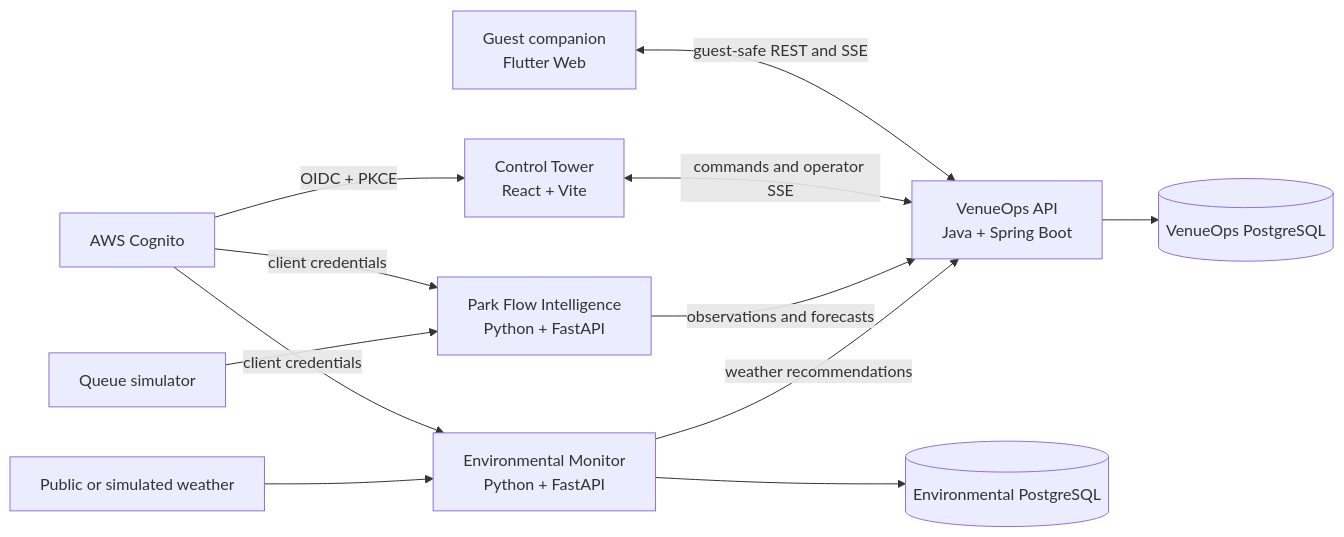
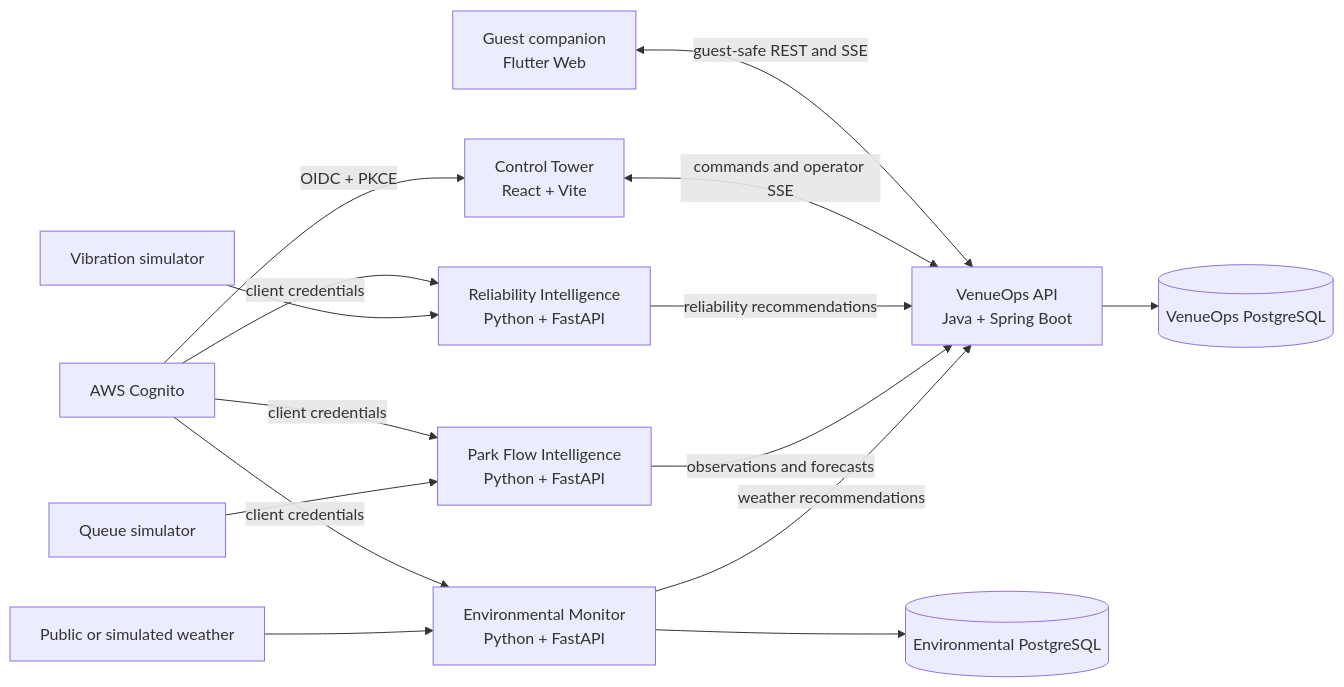
One commit to deanwagman/lumen-marsh changed the diagram in README.md. Above: the diagram before and after it, drawn with Mermaid. The commit also changed other lines of this file and 130 other files, not shown here.

First line of the commit message:
Add reliability producer, dashboard attention, commandId replay, and flow proof

````diff
--- a/README.md
+++ b/README.md
@@ -22,14 +22,17 @@
 ```mermaid
 flowchart LR
     Weather[Public or simulated weather] --> Monitor[Environmental Monitor\nPython + FastAPI]
     Queues[Queue simulator] --> Flow[Park Flow Intelligence\nPython + FastAPI]
+    Vibration[Vibration simulator] --> Reliability[Reliability Intelligence\nPython + FastAPI]
     Monitor -->|weather recommendations| API[VenueOps API\nJava + Spring Boot]
     Flow -->|observations and forecasts| API
+    Reliability -->|reliability recommendations| API
     Console[Control Tower\nReact + Vite] <-->|commands and operator SSE| API
     Guest[Guest companion\nFlutter Web] <-->|guest-safe REST and SSE| API
     API --> VenueDB[(VenueOps PostgreSQL)]
     Monitor --> EnvDB[(Environmental PostgreSQL)]
     Cognito[AWS Cognito] -->|OIDC + PKCE| Console
     Cognito -->|client credentials| Monitor
     Cognito -->|client credentials| Flow
+    Cognito -->|client credentials| Reliability
 ```
````
